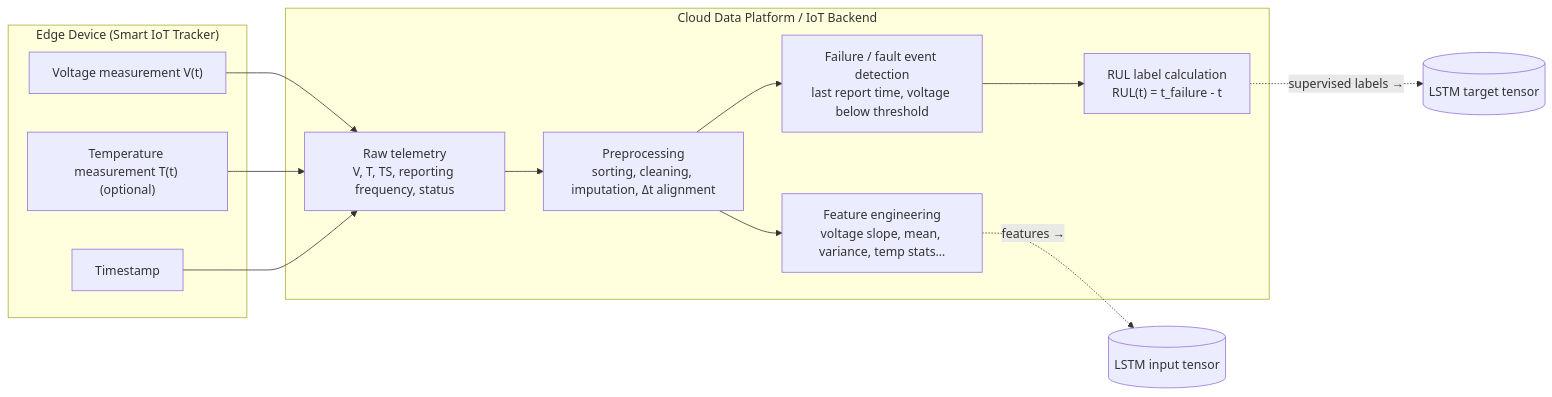
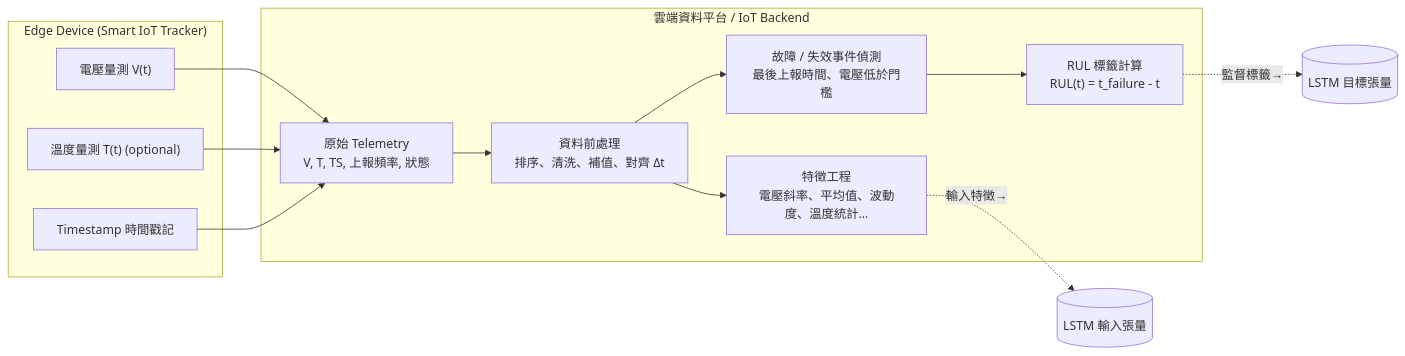
Before and after one commit to jshuo/ai-moea-proposal: the third of 10 diagrams in proposal/AI-Application-Enhancement-Program-Proposal-Submission.md, drawn with Mermaid. The commit also changed other lines of this file, not shown here.

Commit message:
Implement feature X to enhance user experience and optimize performance

````diff
--- a/proposal/AI-Application-Enhancement-Program-Proposal-Submission.md
+++ b/proposal/AI-Application-Enhancement-Program-Proposal-Submission.md
@@ -580,28 +615,28 @@
-  ```mermaid
-  flowchart LR
-    subgraph Device ["Edge Device (Smart IoT Tracker)"]
-      V["Voltage measurement V(t)"]
-      T["Temperature measurement T(t) (optional)"]
-      TS[Timestamp]
-    end
+```mermaid
+flowchart LR
+  subgraph Device ["Edge Device (Smart IoT Tracker)"]
+    V["電壓量測 V(t)"]
+    T["溫度量測 T(t) (optional)"]
+    TS[Timestamp 時間戳記]
+  end
 
-    subgraph Cloud ["Cloud Data Platform / IoT Backend"]
-      RAW["Raw telemetry<br/>V, T, TS, reporting frequency, status"]
-      PROC["Preprocessing<br/>sorting, cleaning, imputation, Δt alignment"]
-      FAIL["Failure / fault event detection<br/>last report time, voltage below threshold"]
-      RULLBL["RUL label calculation<br/>RUL(t) = t_failure - t"]
-      FEAT["Feature engineering<br/>voltage slope, mean, variance, temp stats…"]
-    end
+  subgraph Cloud ["雲端資料平台 / IoT Backend"]
+    RAW["原始 Telemetry<br/>V, T, TS, 上報頻率, 狀態"]
+    PROC["資料前處理<br/>排序、清洗、補值、對齊 Δt"]
+    FAIL["故障 / 失效事件偵測<br/>最後上報時間、電壓低於門檻"]
+    RULLBL["RUL 標籤計算<br/>RUL(t) = t_failure - t"]
+    FEAT["特徵工程<br/>電壓斜率、平均值、波動度、溫度統計…"]
+  end
 
-    V --> RAW
-    T --> RAW
-    TS --> RAW
+  V --> RAW
+  T --> RAW
+  TS --> RAW
 
-    RAW --> PROC
-    PROC --> FAIL
-    PROC --> FEAT
-    FAIL --> RULLBL
+  RAW --> PROC
+  PROC --> FAIL
+  PROC --> FEAT
+  FAIL --> RULLBL
 
-    FEAT -.->|features →| LSTM_INPUT[(LSTM input tensor)]
-    RULLBL -.->|supervised labels →| LSTM_LABEL[(LSTM target tensor)]
-  ```
+  FEAT -.->|輸入特徵→| LSTM_INPUT[(LSTM 輸入張量)]
+  RULLBL -.->|監督標籤→| LSTM_LABEL[(LSTM 目標張量)]
+```
````
